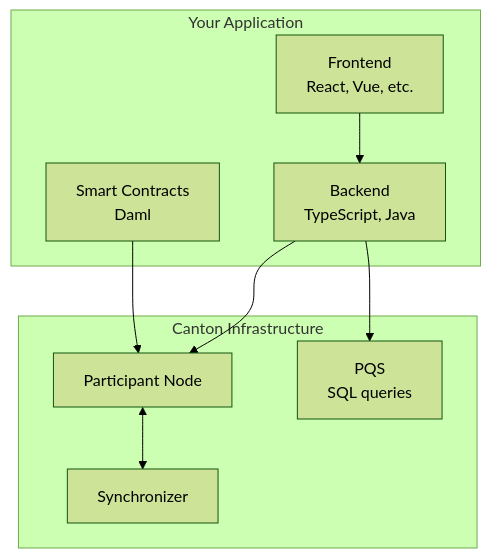
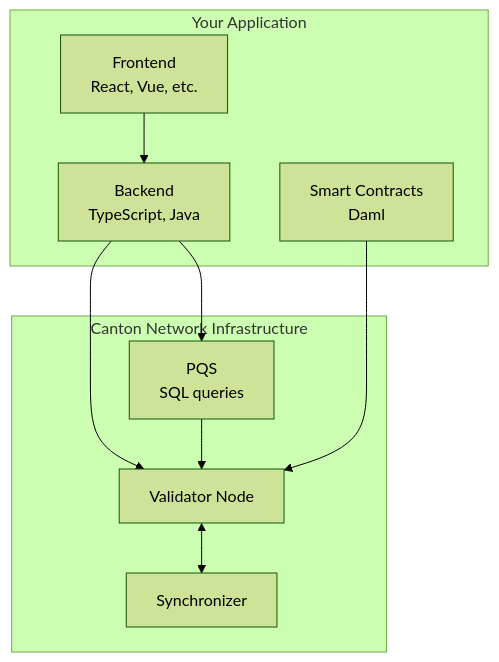
Before and after one commit to canton-network/cf-docs: the diagram in docs-main/appdev/get-started/choose-your-path.mdx, drawn with Mermaid (forest theme). The commit also changed other lines of this file, not shown here.

Commit message:
Update Development Stack Overview diagram (#482)
Mermaid label and edge corrections in `choose-your-path.mdx` per the
issue:

- "Canton development involves these components" → "Canton Network
  development involves these components".
- Subgraph label "Canton Infrastructure" → "Canton Network
  Infrastructure".
- Node label "Participant Node" → "Validator Node".
- Added the missing `PQS --> PART` edge so the diagram reflects that
  PQS reads from the participant.

Closes #482.

````diff
--- a/docs-main/appdev/get-started/choose-your-path.mdx
+++ b/docs-main/appdev/get-started/choose-your-path.mdx
@@ -71,20 +71,21 @@
 ```mermaid
 flowchart TB
     subgraph YourCode[Your Application]
         FE[Frontend<br>React, Vue, etc.]
         BE[Backend<br>TypeScript, Java]
         SC[Smart Contracts<br>Daml]
     end
 
-    subgraph Canton[Canton Infrastructure]
-        PART[Participant Node]
+    subgraph Canton[Canton Network Infrastructure]
+        PART[Validator Node]
         PQS[PQS<br>SQL queries]
         SYNC[Synchronizer]
     end
 
     FE --> BE
     BE --> PART
     BE --> PQS
+    PQS --> PART
     PART <--> SYNC
     SC --> PART
 ```
````
